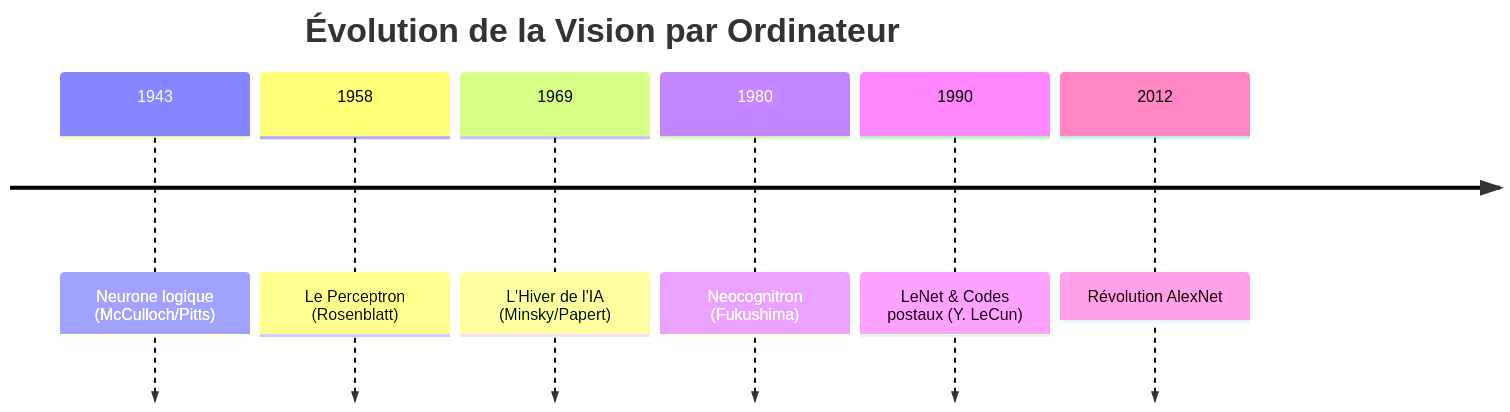
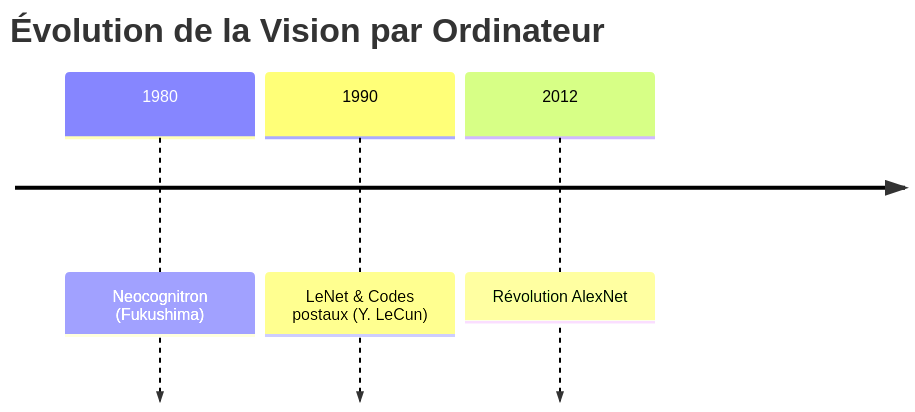
Before and after one commit to aptitek/aptispace-ia: the first of 3 diagrams in cours/2_reseaux_de_neurones.qmd, drawn with Mermaid. The commit also changed other lines of this file and 4 other files, not shown here.

````diff
--- a/cours/2_reseaux_de_neurones.qmd
+++ b/cours/2_reseaux_de_neurones.qmd
@@ -35,10 +27,7 @@
 ```{mermaid}
 timeline
     title Évolution de la Vision par Ordinateur
-    1943 : Neurone logique (McCulloch/Pitts)
-    1958 : Le Perceptron (Rosenblatt)
-    1969 : L'Hiver de l'IA (Minsky/Papert)
     1980 : Neocognitron (Fukushima)
     1990 : LeNet & Codes postaux (Y. LeCun)
     2012 : Révolution AlexNet
 ```
````
